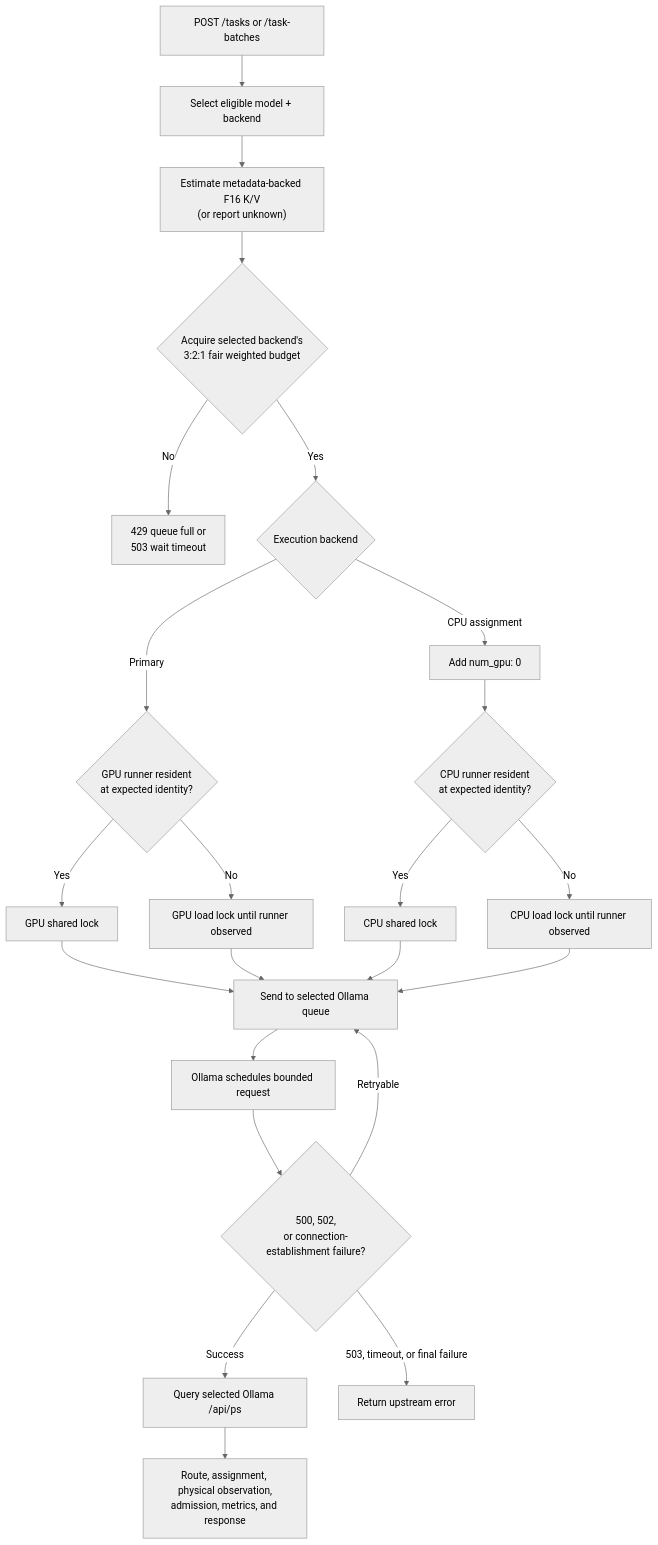
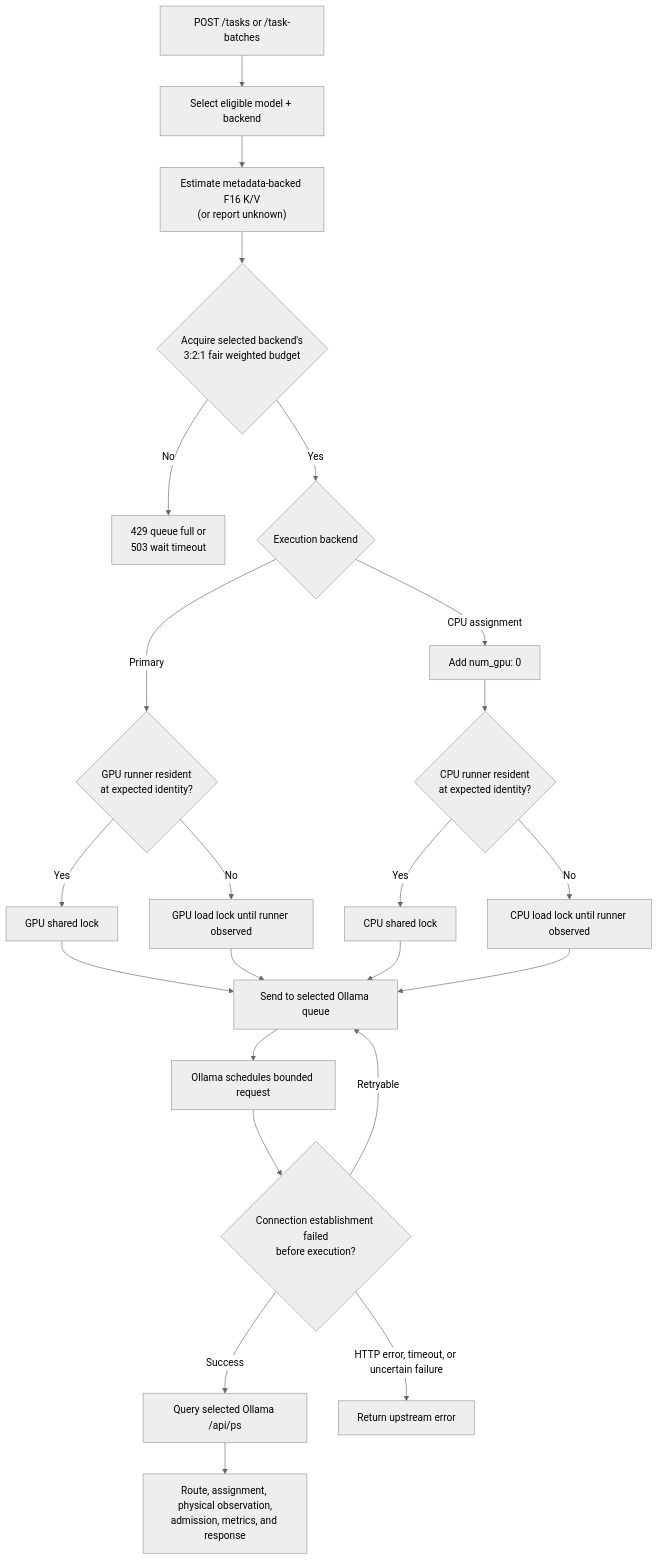
One commit to bgauryy/FreeLlama changed the sixth of 9 diagrams in docs/ARCHITECTURE.md. Above: the diagram before and after it, drawn with Mermaid (neutral theme). The commit also changed other lines of this file and 237 other files, not shown here.

````diff
--- a/docs/ARCHITECTURE.md
+++ b/docs/ARCHITECTURE.md
@@ -319,25 +368,25 @@
 ```mermaid
 flowchart TD
     T["POST /tasks or /task-batches"] --> R["Select eligible model + backend"]
     R --> K["Estimate metadata-backed F16 K/V<br/>(or report unknown)"]
     K --> A{"Acquire selected backend's<br/>3:2:1 fair weighted budget"}
     A -->|"No"| E503["429 queue full or<br/>503 wait timeout"]
     A -->|"Yes"| B{"Execution backend"}
     B -->|"Primary"| GL{"GPU runner resident<br/>at expected identity?"}
     B -->|"CPU assignment"| CO["Add num_gpu: 0"]
     CO --> CL{"CPU runner resident<br/>at expected identity?"}
     GL -->|"Yes"| GR["GPU shared lock"]
     GL -->|"No"| GX["GPU load lock until runner observed"]
     CL -->|"Yes"| CR["CPU shared lock"]
     CL -->|"No"| CX["CPU load lock until runner observed"]
     GR --> OQ["Send to selected Ollama queue"]
     GX --> OQ
     CR --> OQ
     CX --> OQ
     OQ --> SEND["Ollama schedules bounded request"]
-    SEND --> RETRY{"500, 502,<br/>or connection-establishment failure?"}
+    SEND --> RETRY{"Connection establishment failed<br/>before execution?"}
     RETRY -->|"Retryable"| OQ
     RETRY -->|"Success"| OBS["Query selected Ollama /api/ps"]
     OBS --> OUT["Route, assignment, physical observation,<br/>admission, metrics, and response"]
-    RETRY -->|"503, timeout, or final failure"| ERR["Return upstream error"]
+    RETRY -->|"HTTP error, timeout, or uncertain failure"| ERR["Return upstream error"]
 ```
````
